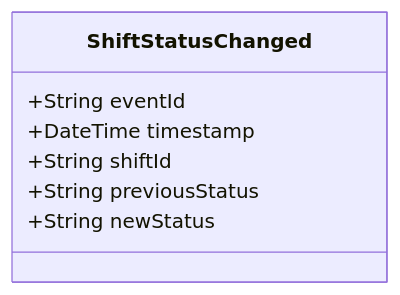
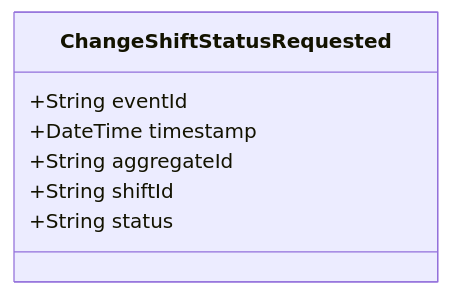
The diagram in doc/events/ShiftStatusChanged.md (pgraff/police-system), drawn with Mermaid before and after one commit. The commit also changed other lines of this file and 58 other files, not shown here.

````diff
--- a/doc/events/ShiftStatusChanged.md
+++ b/doc/events/ShiftStatusChanged.md
@@ -9,10 +9,10 @@
 ```mermaid
 classDiagram
-    class ShiftStatusChanged {
+    class ChangeShiftStatusRequested {
         +String eventId
         +DateTime timestamp
+        +String aggregateId
         +String shiftId
-        +String previousStatus
-        +String newStatus
+        +String status
     }
 ```
````
